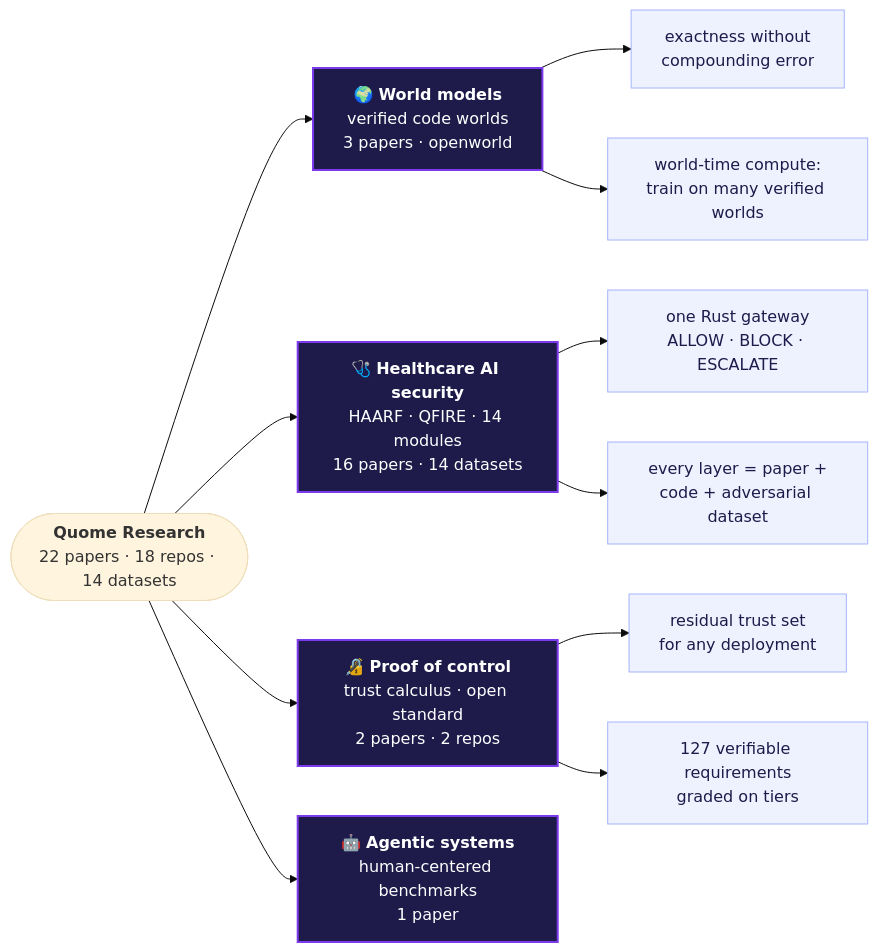
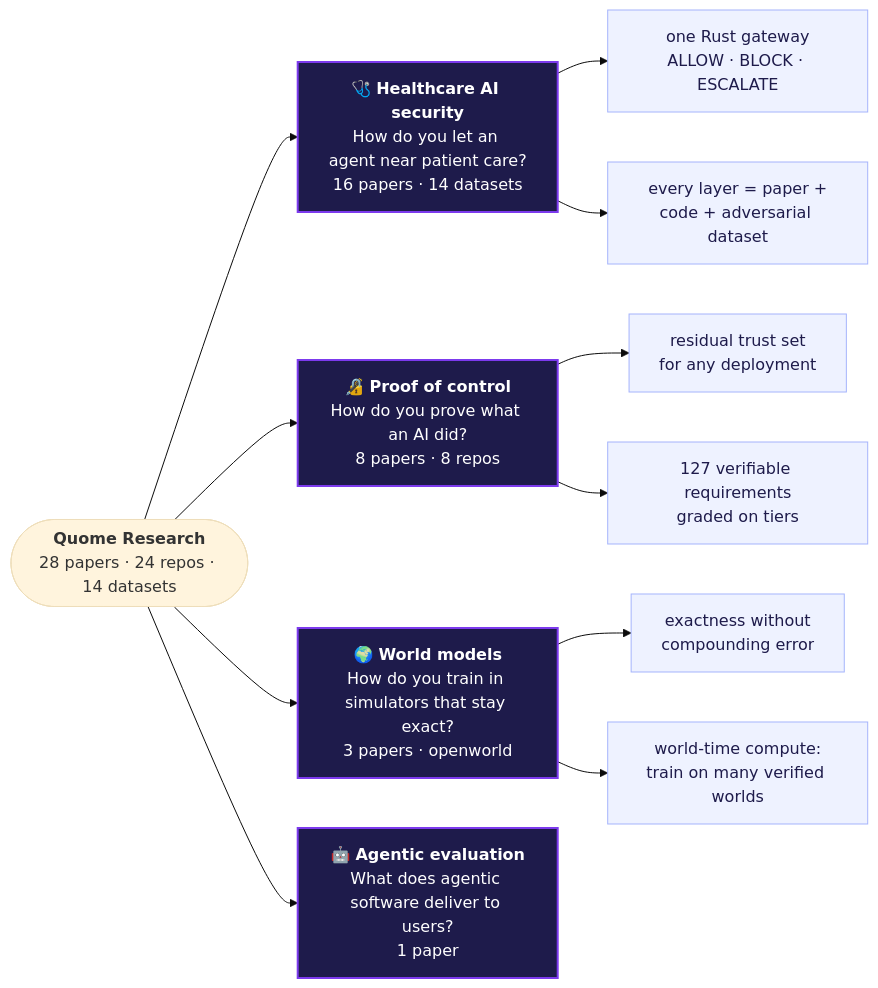
The first of 4 diagrams in README.md (quome-cloud/research), drawn with Mermaid (base theme) before and after one commit. The commit also changed other lines of this file and 6 other files, not shown here.

First line of the commit message:
Reframe site around problem domains and enterprise partnerships; add six proof-of-control papers; drop release calendar

````diff
--- a/README.md
+++ b/README.md
@@ -17,17 +17,17 @@
 ```mermaid
 flowchart LR
-    Q(["<b>Quome Research</b><br/>22 papers · 18 repos · 14 datasets"])
-    Q --> W["🌍 <b>World models</b><br/>verified code worlds<br/>3 papers · openworld"]
-    Q --> H["🩺 <b>Healthcare AI security</b><br/>HAARF · QFIRE · 14 modules<br/>16 papers · 14 datasets"]
-    Q --> P["🔏 <b>Proof of control</b><br/>trust calculus · open standard<br/>2 papers · 2 repos"]
-    Q --> A["🤖 <b>Agentic systems</b><br/>human-centered benchmarks<br/>1 paper"]
-    W --> W1[exactness without<br/>compounding error]
-    W --> W2[world-time compute:<br/>train on many verified worlds]
+    Q(["<b>Quome Research</b><br/>28 papers · 24 repos · 14 datasets"])
+    Q --> H["🩺 <b>Healthcare AI security</b><br/>How do you let an agent near patient care?<br/>16 papers · 14 datasets"]
+    Q --> P["🔏 <b>Proof of control</b><br/>How do you prove what an AI did?<br/>8 papers · 8 repos"]
+    Q --> W["🌍 <b>World models</b><br/>How do you train in simulators that stay exact?<br/>3 papers · openworld"]
+    Q --> A["🤖 <b>Agentic evaluation</b><br/>What does agentic software deliver to users?<br/>1 paper"]
     H --> H1[one Rust gateway<br/>ALLOW · BLOCK · ESCALATE]
     H --> H2[every layer = paper +<br/>code + adversarial dataset]
     P --> P1[residual trust set<br/>for any deployment]
     P --> P2[127 verifiable requirements<br/>graded on tiers]
+    W --> W1[exactness without<br/>compounding error]
+    W --> W2[world-time compute:<br/>train on many verified worlds]
     classDef pillar fill:#1e1b4b,stroke:#7c3aed,color:#fff,stroke-width:2px;
     classDef leaf fill:#eef2ff,stroke:#a5b4fc,color:#1e1b4b;
     class W,H,P,A pillar; class W1,W2,H1,H2,P1,P2 leaf;
 ```
````
